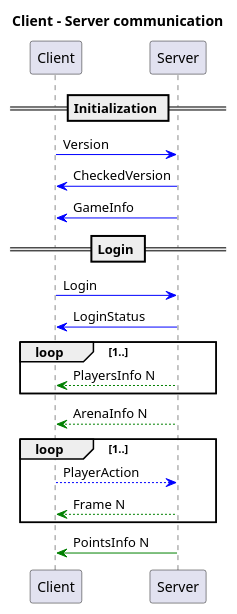
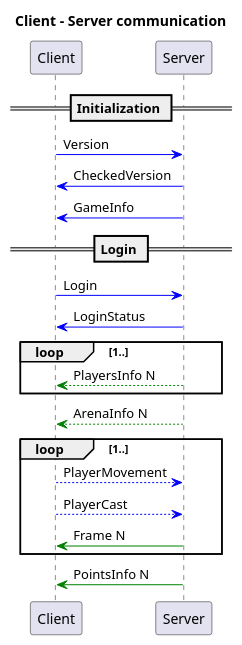
One commit to lemunozm/asciiarena-js changed the diagram in docs/design/messages.puml. Above: the diagram before and after it, drawn with PlantUML. The commit also changed 3 other files, not shown here.

```diff
--- a/docs/design/messages.puml
+++ b/docs/design/messages.puml
@@ -1,30 +1,31 @@
 @startuml
 
 title Client - Server communication
 
 participant Client
 participant Server
 
 == Initialization ==
 Client -[#blue]> Server : Version
 Client <[#blue]- Server : CheckedVersion
 Client <[#blue]- Server : GameInfo
 
 == Login ==
 Client -[#blue]> Server : Login
 Client <[#blue]- Server : LoginStatus
 
 loop 1..
 Client <-[#green]- Server : PlayersInfo N
 end
 
 Client <-[#green]- Server : ArenaInfo N
 
 loop 1..
-    Client -[#blue]-> Server : PlayerAction
-    Client <-[#green]- Server : Frame N
+    Client -[#blue]-> Server : PlayerMovement
+    Client -[#blue]-> Server : PlayerCast
+    Client <[#green]- Server : Frame N
 end
 
 Client <[#green]- Server : PointsInfo N
 
 @enduml
```
